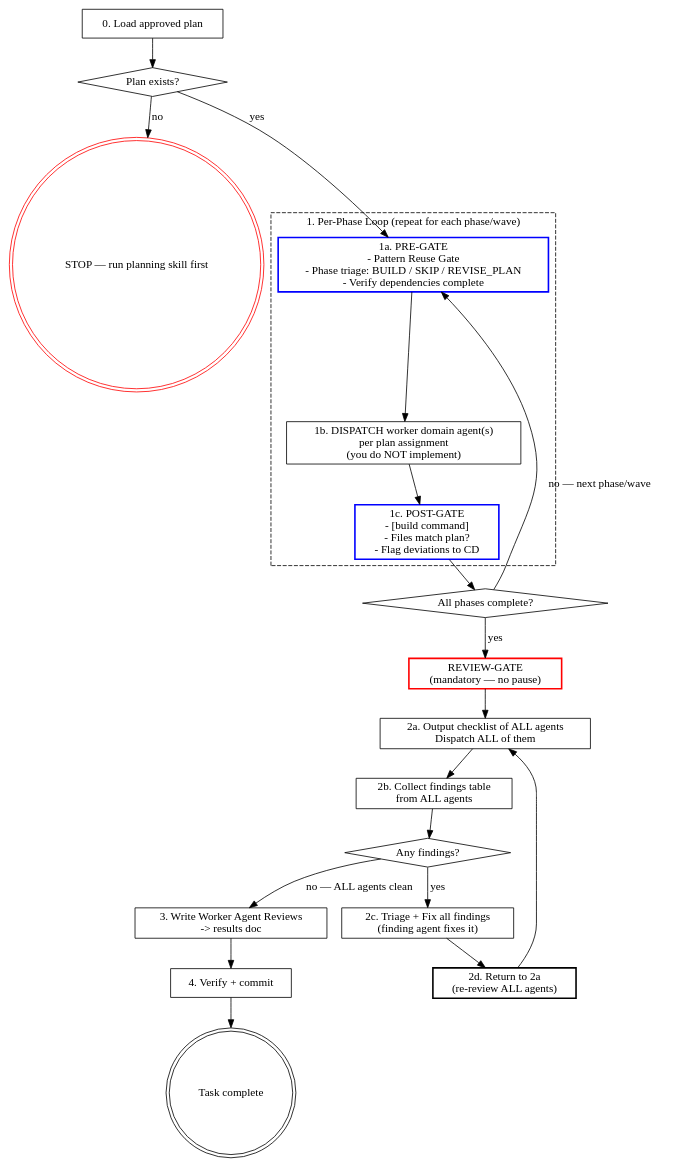
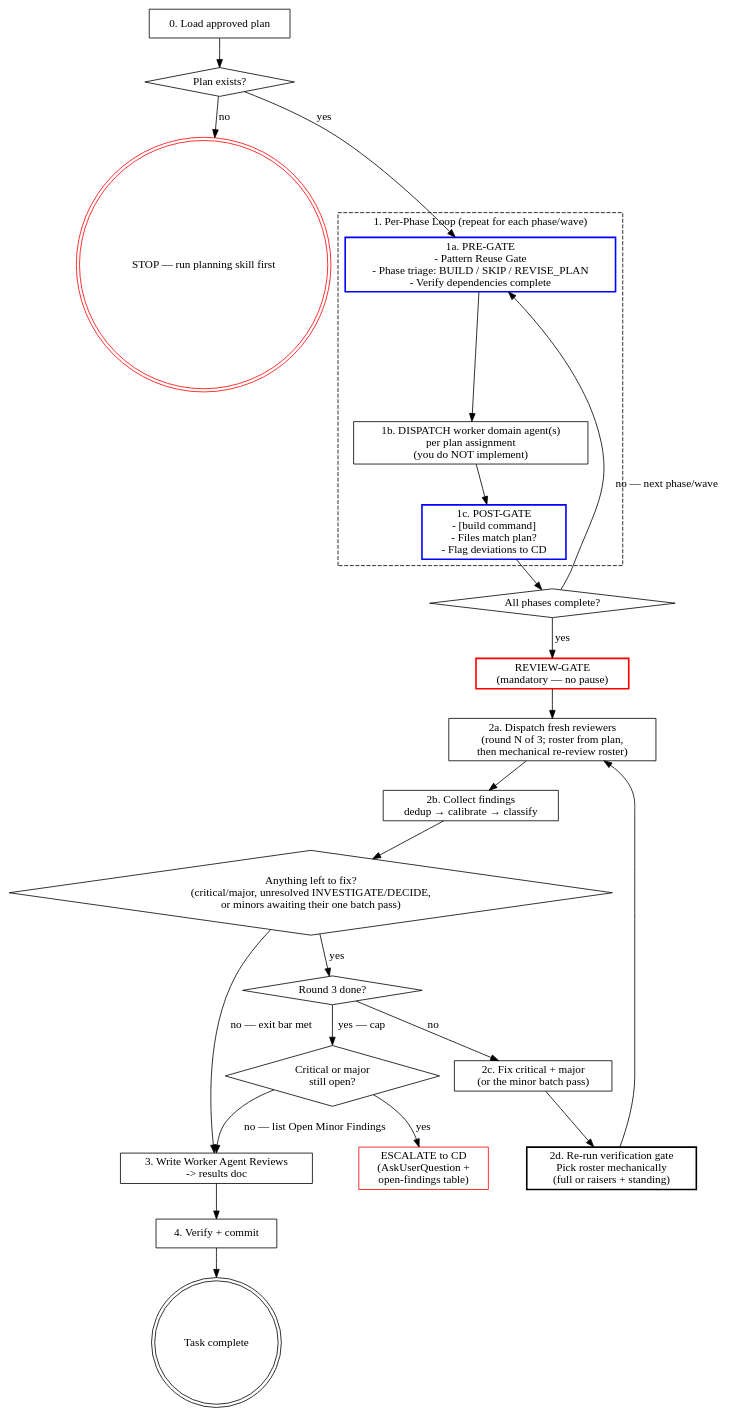
One commit to Inpacchi/cc-sdlc changed the diagram in skills/sdlc-execute/SKILL.md. Above: the diagram before and after it, drawn with Graphviz. The commit also changed other lines of this file and 30 other files, not shown here.

````diff
--- a/skills/sdlc-execute/SKILL.md
+++ b/skills/sdlc-execute/SKILL.md
@@ -65,47 +65,54 @@
 ```dot
 digraph execution {
     rankdir=TB;
 
     "0. Load approved plan" [shape=box];
     "Plan exists?" [shape=diamond];
     "STOP — run planning skill first" [shape=doublecircle, color=red];
 
     subgraph cluster_phase_loop {
         label="1. Per-Phase Loop (repeat for each phase/wave)";
         style=dashed;
 
         "1a. PRE-GATE\n- Pattern Reuse Gate\n- Phase triage: BUILD / SKIP / REVISE_PLAN\n- Verify dependencies complete" [shape=box, style=bold, color=blue];
         "1b. DISPATCH worker domain agent(s)\nper plan assignment\n(you do NOT implement)" [shape=box];
         "1c. POST-GATE\n- [build command]\n- Files match plan?\n- Flag deviations to CD" [shape=box, style=bold, color=blue];
     }
 
     "All phases complete?" [shape=diamond];
-    "2a. Output checklist of ALL agents\nDispatch ALL of them" [shape=box];
-    "2b. Collect findings table\nfrom ALL agents" [shape=box];
-    "Any findings?" [shape=diamond];
-    "2c. Triage + Fix all findings\n(finding agent fixes it)" [shape=box];
-    "2d. Return to 2a\n(re-review ALL agents)" [shape=box, style=bold];
+    "2a. Dispatch fresh reviewers\n(round N of 3; roster from plan,\nthen mechanical re-review roster)" [shape=box];
+    "2b. Collect findings\ndedup → calibrate → classify" [shape=box];
+    "Anything left to fix?\n(critical/major, unresolved INVESTIGATE/DECIDE,\nor minors awaiting their one batch pass)" [shape=diamond];
+    "Round 3 done?" [shape=diamond];
+    "Critical or major\nstill open?" [shape=diamond];
+    "ESCALATE to CD\n(AskUserQuestion +\nopen-findings table)" [shape=box, color=red];
+    "2c. Fix critical + major\n(or the minor batch pass)" [shape=box];
+    "2d. Re-run verification gate\nPick roster mechanically\n(full or raisers + standing)" [shape=box, style=bold];
     "3. Write Worker Agent Reviews\n-> results doc" [shape=box];
     "4. Verify + commit" [shape=box];
     "Task complete" [shape=doublecircle];
 
     "0. Load approved plan" -> "Plan exists?";
     "Plan exists?" -> "STOP — run planning skill first" [label="no"];
     "Plan exists?" -> "1a. PRE-GATE\n- Pattern Reuse Gate\n- Phase triage: BUILD / SKIP / REVISE_PLAN\n- Verify dependencies complete" [label="yes"];
     "1a. PRE-GATE\n- Pattern Reuse Gate\n- Phase triage: BUILD / SKIP / REVISE_PLAN\n- Verify dependencies complete" -> "1b. DISPATCH worker domain agent(s)\nper plan assignment\n(you do NOT implement)";
     "1b. DISPATCH worker domain agent(s)\nper plan assignment\n(you do NOT implement)" -> "1c. POST-GATE\n- [build command]\n- Files match plan?\n- Flag deviations to CD";
     "1c. POST-GATE\n- [build command]\n- Files match plan?\n- Flag deviations to CD" -> "All phases complete?";
     "All phases complete?" -> "1a. PRE-GATE\n- Pattern Reuse Gate\n- Phase triage: BUILD / SKIP / REVISE_PLAN\n- Verify dependencies complete" [label="no — next phase/wave"];
     "All phases complete?" -> "REVIEW-GATE\n(mandatory — no pause)" [label="yes"];
     "REVIEW-GATE\n(mandatory — no pause)" [shape=box, style=bold, color=red];
-    "REVIEW-GATE\n(mandatory — no pause)" -> "2a. Output checklist of ALL agents\nDispatch ALL of them";
-    "2a. Output checklist of ALL agents\nDispatch ALL of them" -> "2b. Collect findings table\nfrom ALL agents";
-    "2b. Collect findings table\nfrom ALL agents" -> "Any findings?";
-    "Any findings?" -> "2c. Triage + Fix all findings\n(finding agent fixes it)" [label="yes"];
-    "2c. Triage + Fix all findings\n(finding agent fixes it)" -> "2d. Return to 2a\n(re-review ALL agents)";
-    "2d. Return to 2a\n(re-review ALL agents)" -> "2a. Output checklist of ALL agents\nDispatch ALL of them";
-    "Any findings?" -> "3. Write Worker Agent Reviews\n-> results doc" [label="no — ALL agents clean"];
+    "REVIEW-GATE\n(mandatory — no pause)" -> "2a. Dispatch fresh reviewers\n(round N of 3; roster from plan,\nthen mechanical re-review roster)";
+    "2a. Dispatch fresh reviewers\n(round N of 3; roster from plan,\nthen mechanical re-review roster)" -> "2b. Collect findings\ndedup → calibrate → classify";
+    "2b. Collect findings\ndedup → calibrate → classify" -> "Anything left to fix?\n(critical/major, unresolved INVESTIGATE/DECIDE,\nor minors awaiting their one batch pass)";
+    "Anything left to fix?\n(critical/major, unresolved INVESTIGATE/DECIDE,\nor minors awaiting their one batch pass)" -> "Round 3 done?" [label="yes"];
+    "Round 3 done?" -> "2c. Fix critical + major\n(or the minor batch pass)" [label="no"];
+    "2c. Fix critical + major\n(or the minor batch pass)" -> "2d. Re-run verification gate\nPick roster mechanically\n(full or raisers + standing)";
+    "2d. Re-run verification gate\nPick roster mechanically\n(full or raisers + standing)" -> "2a. Dispatch fresh reviewers\n(round N of 3; roster from plan,\nthen mechanical re-review roster)";
+    "Round 3 done?" -> "Critical or major\nstill open?" [label="yes — cap"];
+    "Critical or major\nstill open?" -> "ESCALATE to CD\n(AskUserQuestion +\nopen-findings table)" [label="yes"];
+    "Critical or major\nstill open?" -> "3. Write Worker Agent Reviews\n-> results doc" [label="no — list Open Minor Findings"];
+    "Anything left to fix?\n(critical/major, unresolved INVESTIGATE/DECIDE,\nor minors awaiting their one batch pass)" -> "3. Write Worker Agent Reviews\n-> results doc" [label="no — exit bar met"];
     "3. Write Worker Agent Reviews\n-> results doc" -> "4. Verify + commit";
     "4. Verify + commit" -> "Task complete";
 }
 ```
````
